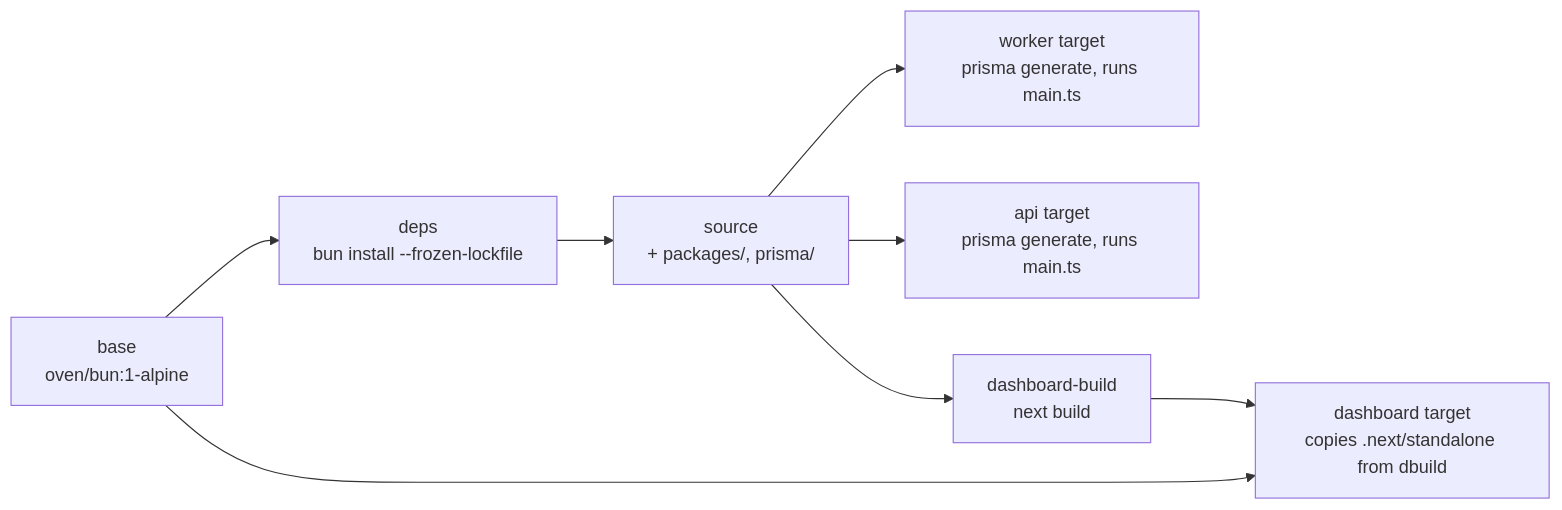
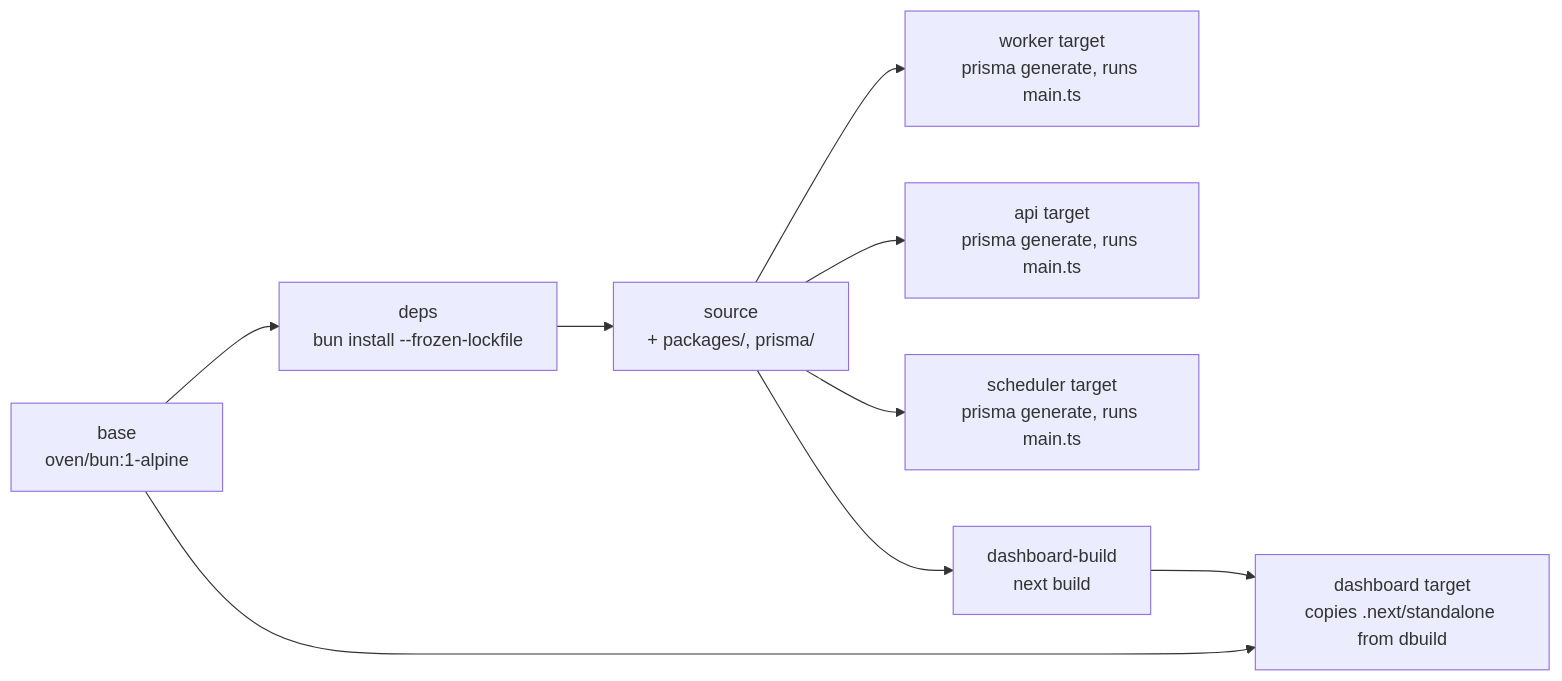
The second of 2 diagrams in deploy/docker/README.md (lumi-devs/Lumi), drawn with Mermaid before and after one commit. The commit also changed other lines of this file and 6 other files, not shown here.

````diff
--- a/deploy/docker/README.md
+++ b/deploy/docker/README.md
@@ -104,10 +108,11 @@
 ```mermaid
 graph LR
     base[base<br/>oven/bun:1-alpine] --> deps[deps<br/>bun install --frozen-lockfile]
     deps --> source[source<br/>+ packages/, prisma/]
     source --> worker[worker target<br/>prisma generate, runs main.ts]
     source --> api[api target<br/>prisma generate, runs main.ts]
+    source --> scheduler[scheduler target<br/>prisma generate, runs main.ts]
     source --> dbuild[dashboard-build<br/>next build]
     base --> dashboard[dashboard target<br/>copies .next/standalone from dbuild]
     dbuild --> dashboard
 ```
````
